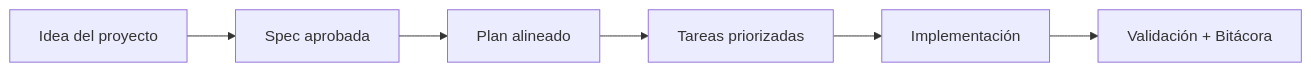
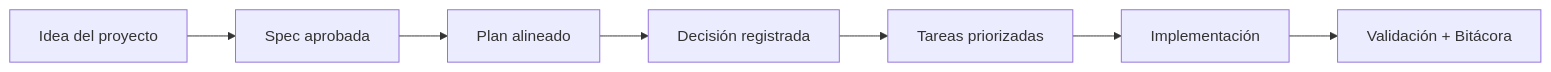
One commit to juanklagos/spec-driven-development-template changed the diagram in docs/es/24-decisiones-de-arquitectura.md. Above: the diagram before and after it, drawn with Mermaid. The commit also changed other lines of this file and 41 other files, not shown here.

````diff
--- a/docs/es/24-decisiones-de-arquitectura.md
+++ b/docs/es/24-decisiones-de-arquitectura.md
@@ -112,8 +169,9 @@
 ```mermaid
 flowchart LR
   A["Idea del proyecto"] --> B["Spec aprobada"]
   B --> C["Plan alineado"]
-  C --> D["Tareas priorizadas"]
+  C --> C2["Decisión registrada"]
+  C2 --> D["Tareas priorizadas"]
   D --> E["Implementación"]
   E --> F["Validación + Bitácora"]
 ```
````
